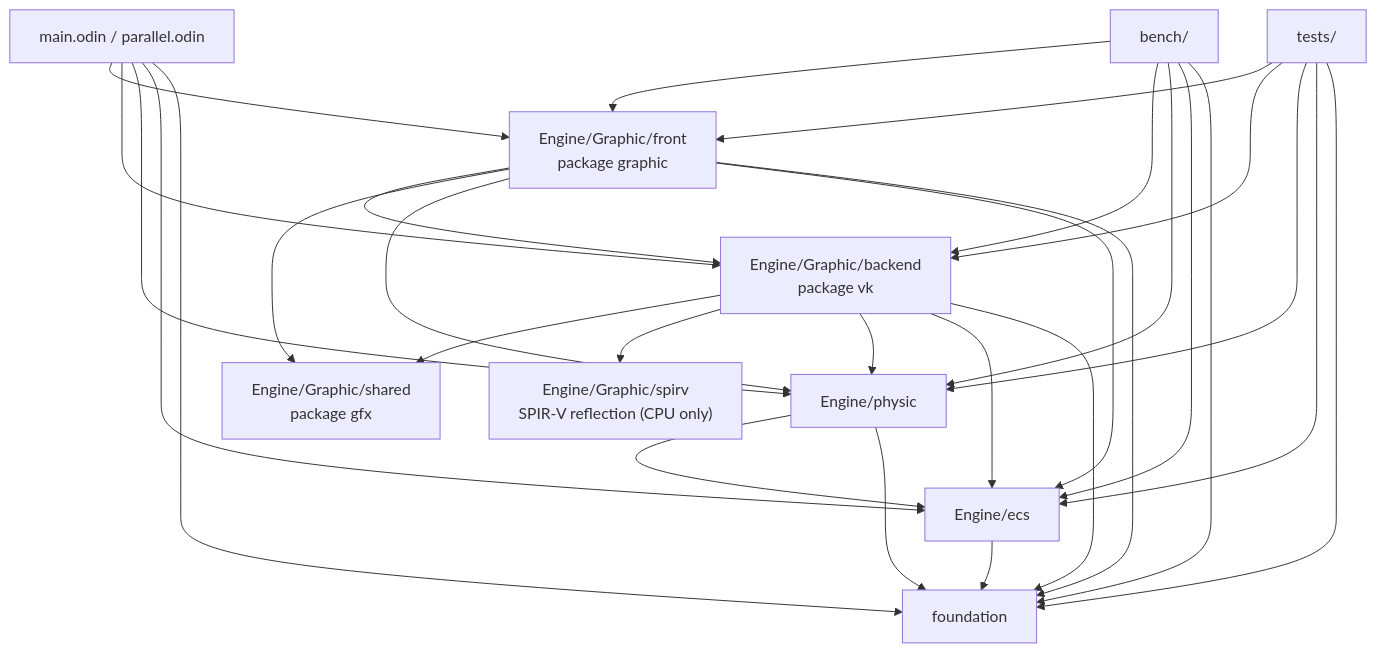
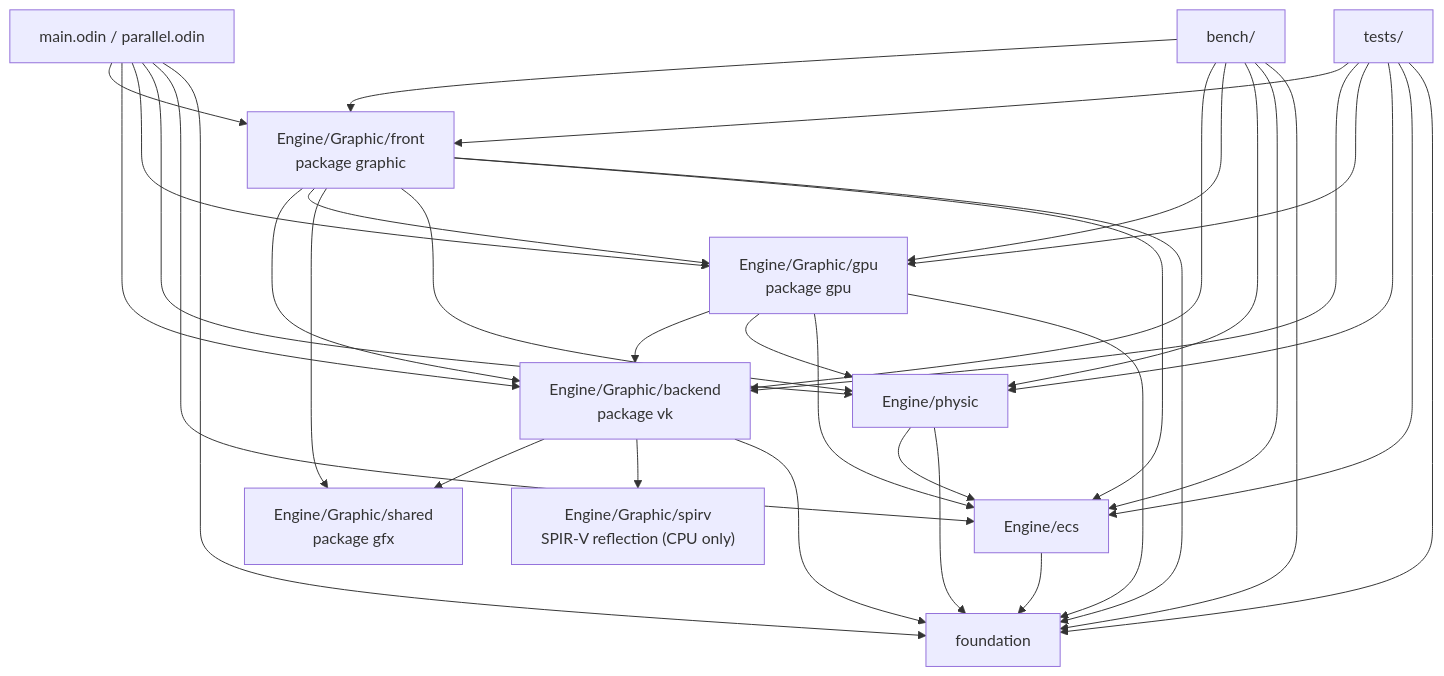
The second of 7 diagrams in docs/architecture.md (TanukiConDos/Gravity-Simulator), drawn with Mermaid before and after one commit. The commit also changed other lines of this file and 7 other files, not shown here.

First line of the commit message:
docs: four-package graphics split and the ECS-free backend rule

````diff
--- a/docs/architecture.md
+++ b/docs/architecture.md
@@ -38,43 +38,50 @@
 ```mermaid
 flowchart TD
     main["main.odin / parallel.odin"]
     bench["bench/"]
     tests["tests/"]
     front["Engine/Graphic/front<br/>package graphic"]
     backend["Engine/Graphic/backend<br/>package vk"]
+    gpu["Engine/Graphic/gpu<br/>package gpu"]
     shared["Engine/Graphic/shared<br/>package gfx"]
     spirv["Engine/Graphic/spirv<br/>SPIR-V reflection (CPU only)"]
     physic["Engine/physic"]
     ecs["Engine/ecs"]
     foundation["foundation"]
 
     main --> front
     main --> backend
+    main --> gpu
     main --> physic
     main --> ecs
     main --> foundation
     bench --> front
     bench --> backend
+    bench --> gpu
     bench --> physic
     bench --> ecs
     bench --> foundation
     tests --> front
     tests --> backend
+    tests --> gpu
     tests --> physic
     tests --> ecs
     tests --> foundation
 
     front --> backend
+    front --> gpu
     front --> shared
+    gpu --> backend
     backend --> shared
     backend --> spirv
+    backend --> foundation
     front --> physic
     front --> ecs
     front --> foundation
-    backend --> physic
-    backend --> ecs
-    backend --> foundation
+    gpu --> physic
+    gpu --> ecs
+    gpu --> foundation
     physic --> ecs
     physic --> foundation
     ecs --> foundation
 ```
````
